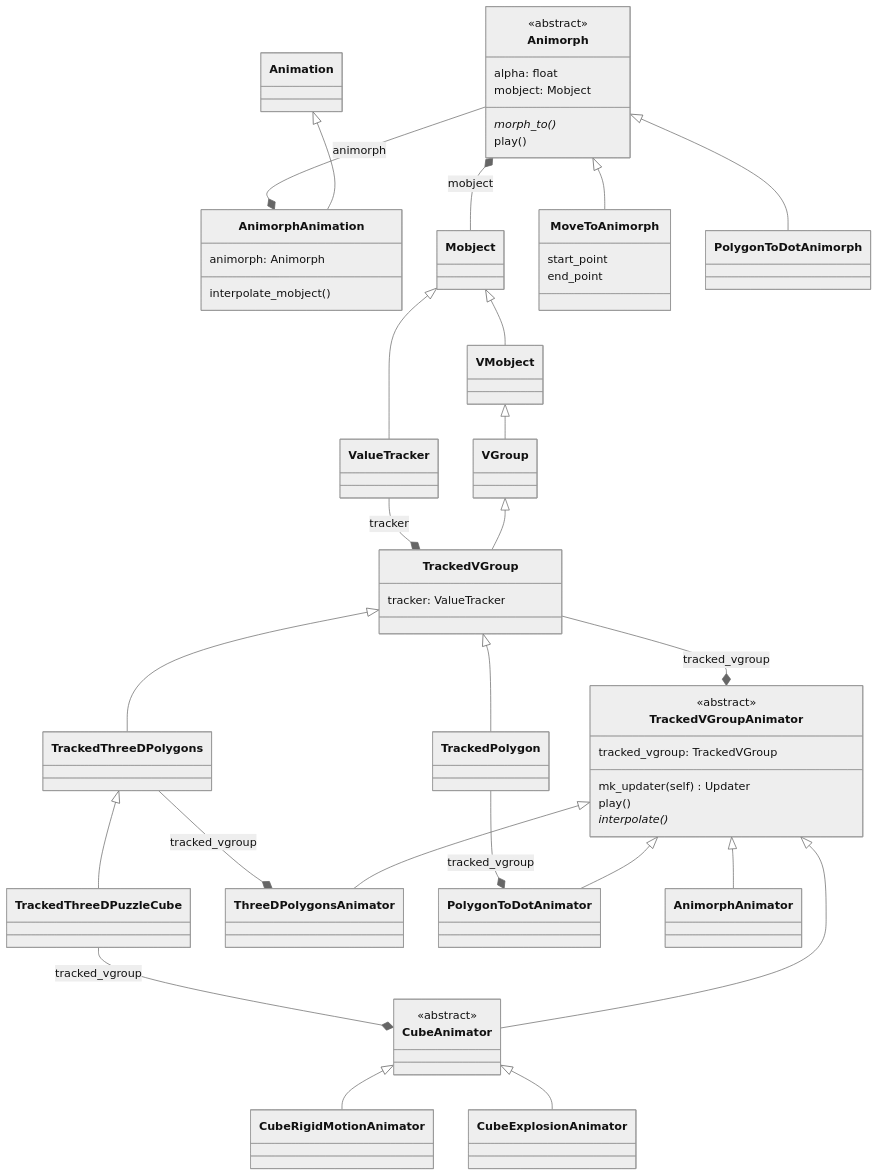
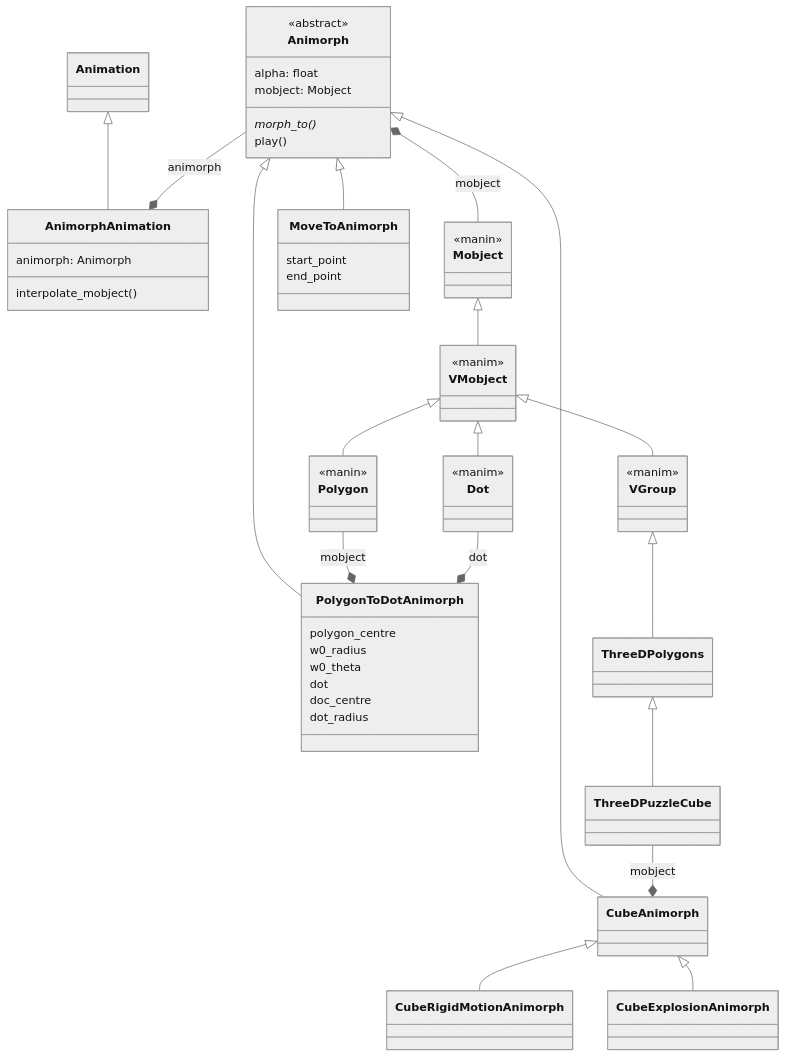
The diagram in docs/uml/animators.md (agryman/instant-insanity), drawn with Mermaid (neutral theme) before and after one commit. The commit also changed 15 other files, not shown here.

Commit message:
Rebased code on Animorph. Eliminated Animator and Tracked mobjects.

````diff
--- a/docs/uml/animators.md
+++ b/docs/uml/animators.md
@@ -5,58 +5,53 @@
 ```mermaid
 classDiagram
     Animation <|-- AnimorphAnimation
-    Mobject <|-- ValueTracker
     Animorph *-- Mobject  : mobject
     Animorph <|-- MoveToAnimorph
     Animorph <|-- PolygonToDotAnimorph
+    Animorph <|-- CubeAnimorph
+    ThreeDPuzzleCube --* CubeAnimorph : mobject
+    CubeAnimorph <|-- CubeRigidMotionAnimorph
+    CubeAnimorph <|-- CubeExplosionAnimorph
     Animorph --* AnimorphAnimation : animorph
     Mobject <|-- VMobject
+    VMobject <|-- Polygon
+    VMobject <|-- Dot
+    Polygon --* PolygonToDotAnimorph : mobject
+    Dot --* PolygonToDotAnimorph : dot
     VMobject <|-- VGroup
-    VGroup <|-- TrackedVGroup
-    ValueTracker --* TrackedVGroup : tracker
-    TrackedVGroup <|-- TrackedPolygon
-    TrackedVGroup <|-- TrackedThreeDPolygons
-
-    TrackedThreeDPolygons <|-- TrackedThreeDPuzzleCube
-
-    TrackedVGroup --* TrackedVGroupAnimator : tracked_vgroup
-    TrackedVGroupAnimator <|-- CubeAnimator
-    TrackedThreeDPuzzleCube --* CubeAnimator : tracked_vgroup
-    CubeAnimator <|-- CubeRigidMotionAnimator
-    CubeAnimator <|-- CubeExplosionAnimator
-    TrackedVGroupAnimator <|-- ThreeDPolygonsAnimator
-    TrackedThreeDPolygons --* ThreeDPolygonsAnimator : tracked_vgroup
-    TrackedVGroupAnimator <|-- PolygonToDotAnimator
-    TrackedPolygon --* PolygonToDotAnimator : tracked_vgroup
-    TrackedVGroupAnimator <|-- AnimorphAnimator
+    VGroup <|-- ThreeDPolygons
+    ThreeDPolygons <|-- ThreeDPuzzleCube
+    
+    <<manin>> Mobject
+    <<manim>> VMobject
+    <<manim>> VGroup
+    <<manim>> Dot
+    <<manin>> Polygon
     
     class Animorph {
         alpha: float
         mobject: Mobject
         morph_to()*
         play()
     }
     <<abstract>> Animorph
     
     class MoveToAnimorph {
         start_point
         end_point
     }
-
-    class TrackedVGroup {
-        tracker: ValueTracker
+    
+    class PolygonToDotAnimorph {
+        polygon_centre
+        w0_radius
+        w0_theta
+        dot
+        doc_centre
+        dot_radius
     }
-    
+ 
     class AnimorphAnimation {
         animorph: Animorph
         interpolate_mobject()
     }
-    class TrackedVGroupAnimator {
-        tracked_vgroup: TrackedVGroup
-        mk_updater(self) Updater 
-        play()
-        interpolate()*
-    }
-    <<abstract>> TrackedVGroupAnimator
-    <<abstract>> CubeAnimator
 ```
````
